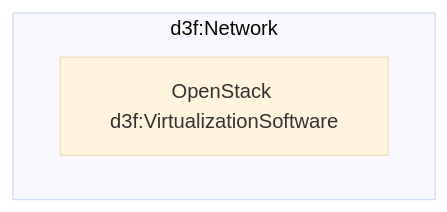
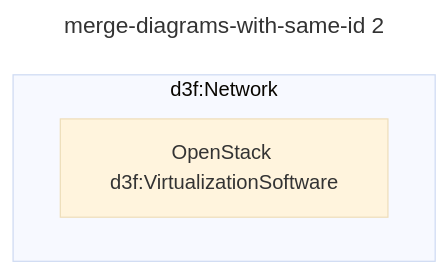
One commit to ioggstream/d3sign changed the seventh of 15 diagrams in app/src/data/examples/testcases.md. Above: the diagram before and after it, drawn with Mermaid (base theme). The commit also changed other lines of this file and 8 other files, not shown here.

Commit message:
Fix: #6. Diagram titles.

````diff
--- a/app/src/data/examples/testcases.md
+++ b/app/src/data/examples/testcases.md
@@ -197,10 +211,11 @@
 ```mermaid
 ---
 id: merge-me
+title: merge-diagrams-with-same-id 2
 ---
 graph
 
 subgraph dc-1-net[d3f:Network]
   dc-1-vm[OpenStack d3f:VirtualizationSoftware]
 end
 ```
````
